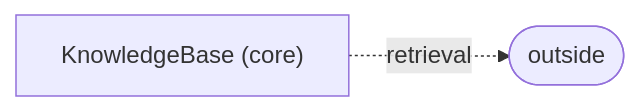
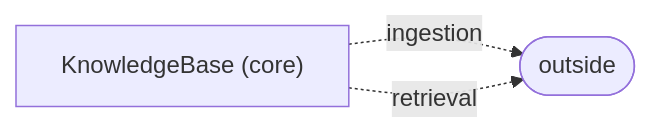
One commit to zig999/remember changed the diagram in specification/projections/context-map.mmd. Above: the diagram before and after it, drawn with Mermaid. The commit also changed 171 other files, not shown here.

```diff
--- a/specification/projections/context-map.mmd
+++ b/specification/projections/context-map.mmd
@@ -1,4 +1,5 @@
 flowchart LR
     knowledge_base["KnowledgeBase (core)"]
     outside(["outside"])
+    knowledge_base -.->|ingestion| outside
     knowledge_base -.->|retrieval| outside
```
